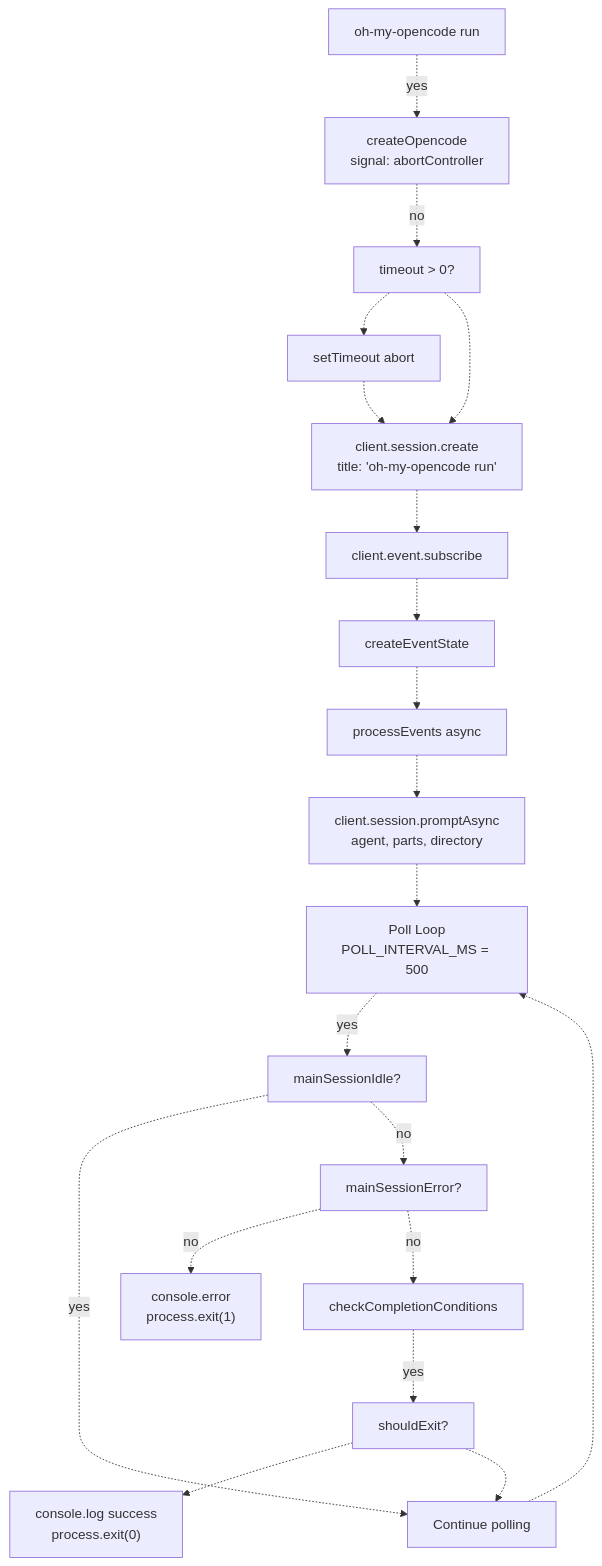
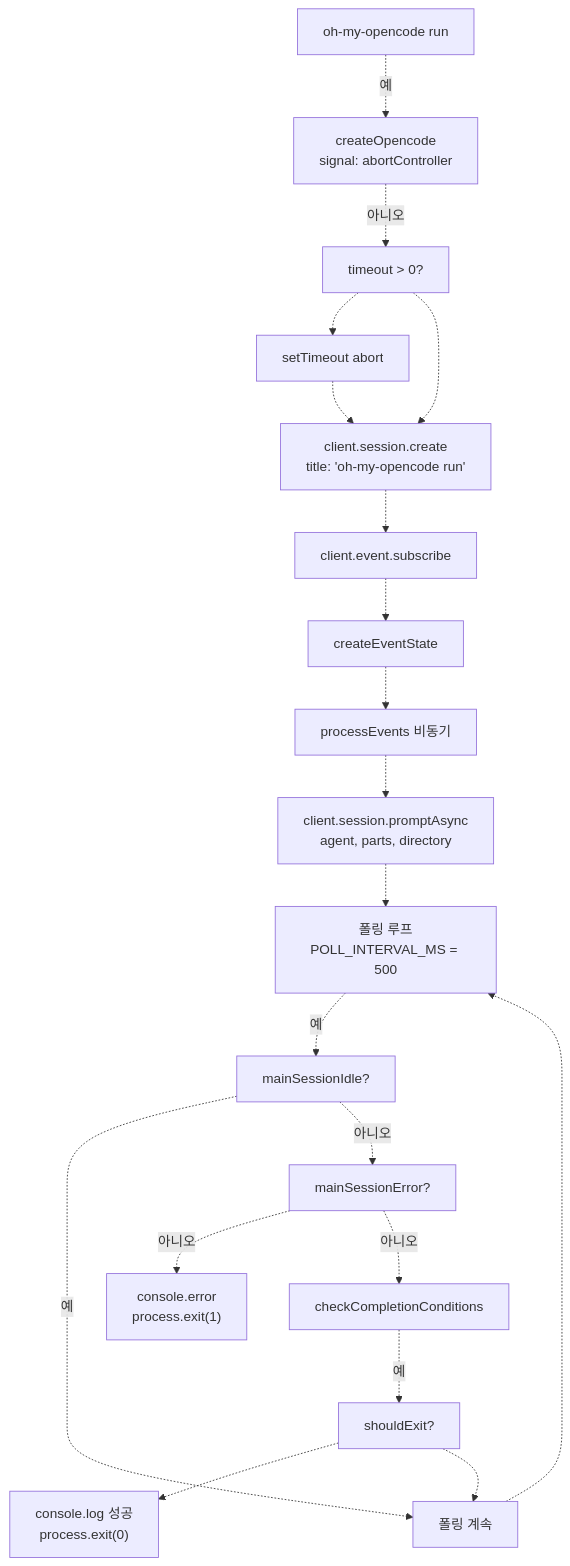
The fifth of 7 diagrams in docs/automation/github-actions-integration.md (felipetruman/oh-my-opencode-docs), drawn with Mermaid before and after one commit. The commit also changed other lines of this file and 76 other files, not shown here.

````diff
--- a/docs/automation/github-actions-integration.md
+++ b/docs/automation/github-actions-integration.md
@@ -274,41 +274,41 @@
 ```mermaid
 flowchart TD
 
 CLIStart["oh-my-opencode run"]
 CreateOpencode["createOpencode<br>signal: abortController"]
 Timeout["timeout > 0?"]
 SetTimeout["setTimeout abort"]
 CreateSession["client.session.create<br>title: 'oh-my-opencode run'"]
 Subscribe["client.event.subscribe"]
 CreateState["createEventState"]
-StartProcessor["processEvents async"]
+StartProcessor["processEvents 비동기"]
 SendPrompt["client.session.promptAsync<br>agent, parts, directory"]
-PollLoop["Poll Loop<br>POLL_INTERVAL_MS = 500"]
+PollLoop["폴링 루프<br>POLL_INTERVAL_MS = 500"]
 CheckIdle["mainSessionIdle?"]
 CheckError["mainSessionError?"]
 ErrorExit["console.error<br>process.exit(1)"]
 CheckCompletion["checkCompletionConditions"]
 CompletionCheck["shouldExit?"]
-SuccessExit["console.log success<br>process.exit(0)"]
-ContinuePoll["Continue polling"]
+SuccessExit["console.log 성공<br>process.exit(0)"]
+ContinuePoll["폴링 계속"]
 
-CLIStart -.->|"yes"| CreateOpencode
-CreateOpencode -.->|"no"| Timeout
+CLIStart -.->|"예"| CreateOpencode
+CreateOpencode -.->|"아니오"| Timeout
 Timeout -.-> SetTimeout
 Timeout -.-> CreateSession
 SetTimeout -.-> CreateSession
 CreateSession -.-> Subscribe
 Subscribe -.-> CreateState
 CreateState -.-> StartProcessor
 StartProcessor -.-> SendPrompt
 SendPrompt -.-> PollLoop
-PollLoop -.->|"yes"| CheckIdle
-CheckIdle -.->|"yes"| ContinuePoll
-CheckIdle -.->|"no"| CheckError
-CheckError -.->|"no"| ErrorExit
-CheckError -.->|"no"| CheckCompletion
-CheckCompletion -.->|"yes"| CompletionCheck
+PollLoop -.->|"예"| CheckIdle
+CheckIdle -.->|"예"| ContinuePoll
+CheckIdle -.->|"아니오"| CheckError
+CheckError -.->|"아니오"| ErrorExit
+CheckError -.->|"아니오"| CheckCompletion
+CheckCompletion -.->|"예"| CompletionCheck
 CompletionCheck -.-> SuccessExit
 CompletionCheck -.-> ContinuePoll
 ContinuePoll -.-> PollLoop
 ```
````
